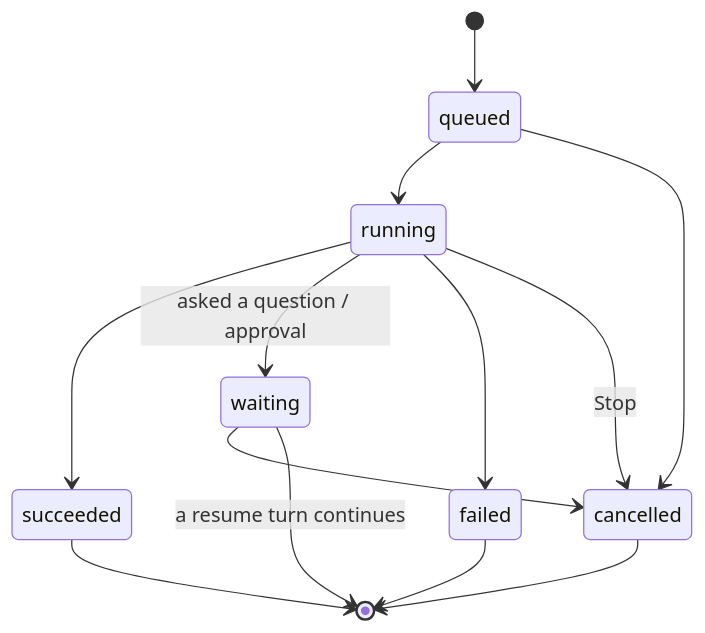
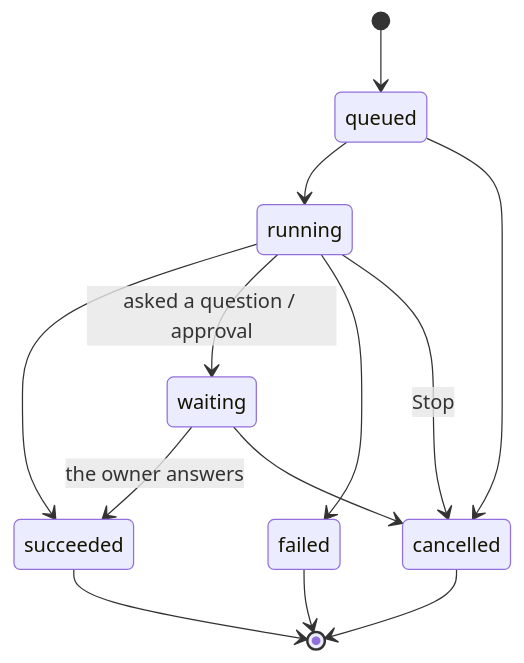
Before and after one commit to ggiraudon/shitsuji: the diagram in docs/features/F04-agent-runtime.md, drawn with Mermaid. The commit also changed other lines of this file and 5 other files, not shown here.

First line of the commit message:
F04: End a waiting turn when the owner answers (#30)

````diff
--- a/docs/features/F04-agent-runtime.md
+++ b/docs/features/F04-agent-runtime.md
@@ -37,15 +37,15 @@
 ```mermaid
 stateDiagram-v2
   [*] --> queued
   queued --> running
   queued --> cancelled
   running --> succeeded
   running --> waiting : asked a question / approval
   running --> failed
   running --> cancelled : Stop
+  waiting --> succeeded : the owner answers
   waiting --> cancelled
   succeeded --> [*]
-  waiting --> [*] : a resume turn continues
   failed --> [*]
   cancelled --> [*]
 ```
````
